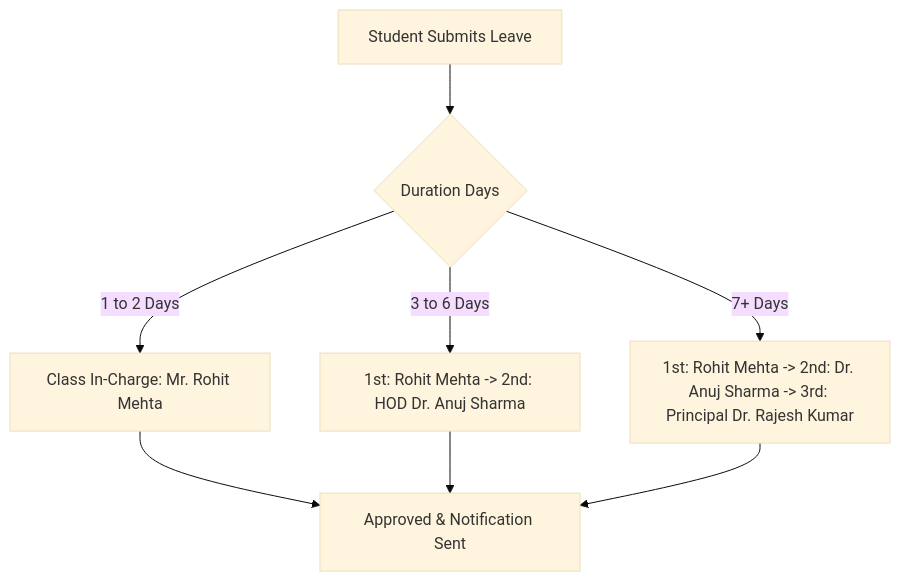
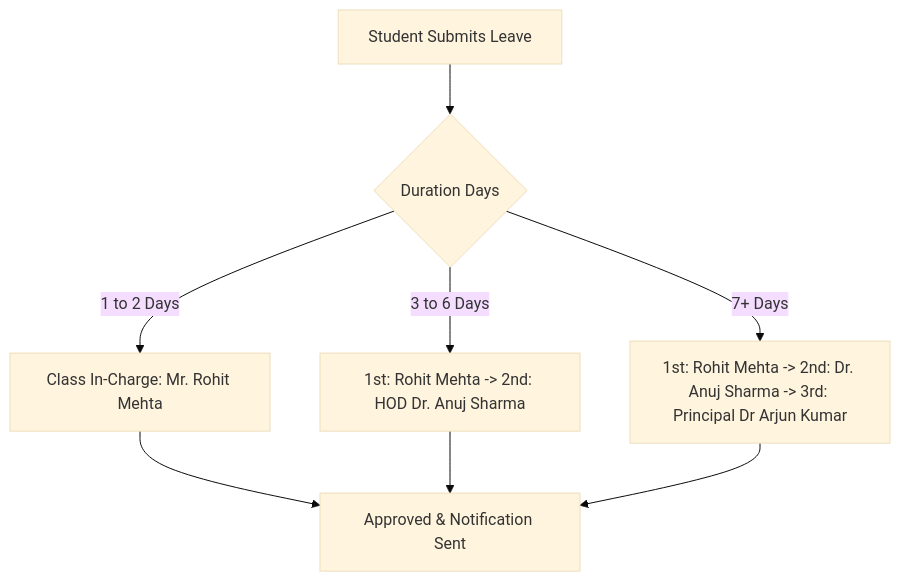
One commit to Shivpratap-singh2007/hiet-digital changed the diagram in docs/demo-multirole-test-plan.md. Above: the diagram before and after it, drawn with Mermaid (base theme). The commit also changed other lines of this file and 18 other files, not shown here.

Commit message:
chore: update demo data with Principal Dr Arjun Kumar and MD Dushyant Kaistha

````diff
--- a/docs/demo-multirole-test-plan.md
+++ b/docs/demo-multirole-test-plan.md
@@ -46,10 +46,10 @@
 ```mermaid
 graph TD
     A[Student Submits Leave] --> B{Duration Days}
     B -->|1 to 2 Days| C[Class In-Charge: Mr. Rohit Mehta]
     B -->|3 to 6 Days| D[1st: Rohit Mehta -> 2nd: HOD Dr. Anuj Sharma]
-    B -->|7+ Days| E[1st: Rohit Mehta -> 2nd: Dr. Anuj Sharma -> 3rd: Principal Dr. Rajesh Kumar]
+    B -->|7+ Days| E[1st: Rohit Mehta -> 2nd: Dr. Anuj Sharma -> 3rd: Principal Dr Arjun Kumar]
     C --> F[Approved & Notification Sent]
     D --> F
     E --> F
 ```
````
